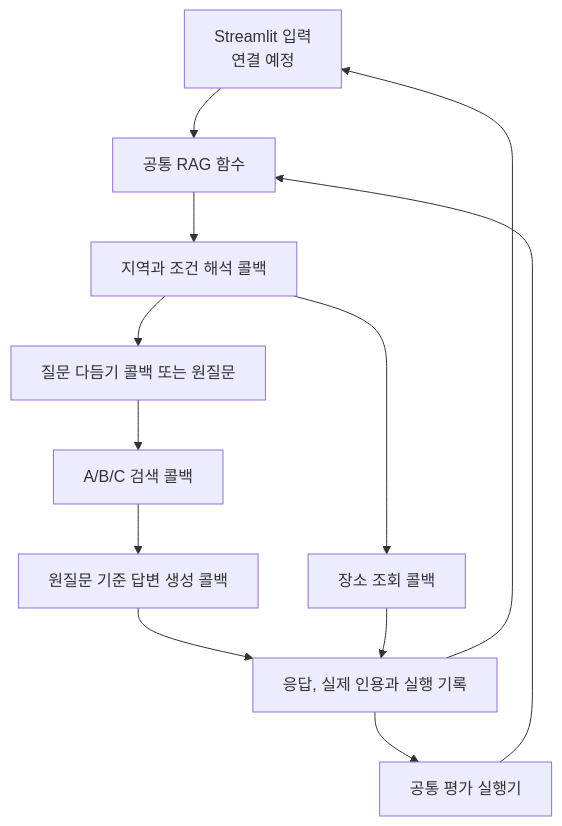
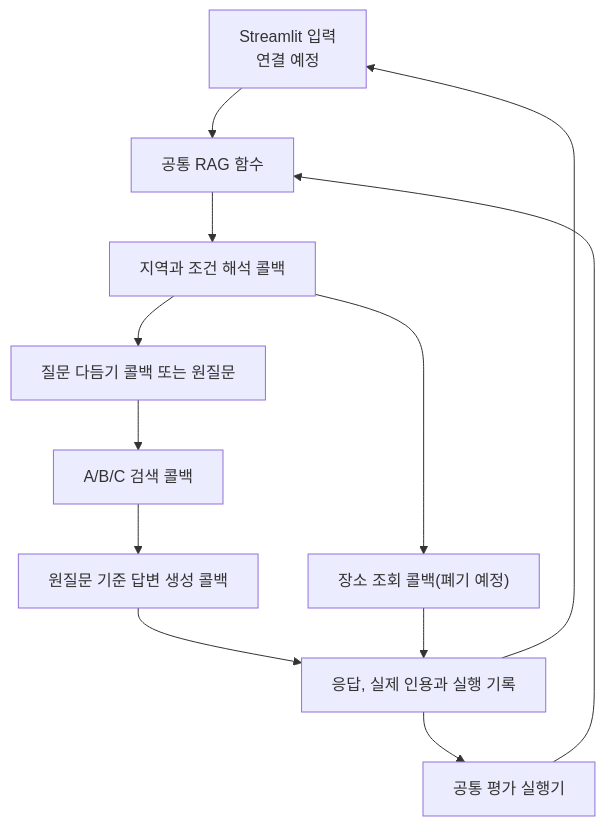
One commit to kssk3/best-driver-rag-project changed the diagram in docs/architecture.md. Above: the diagram before and after it, drawn with Mermaid. The commit also changed other lines of this file and 5 other files, not shown here.

````diff
--- a/docs/architecture.md
+++ b/docs/architecture.md
@@ -133,14 +133,14 @@
 ```mermaid
 flowchart TD
     UI["Streamlit 입력<br/>연결 예정"] --> P["공통 RAG 함수"]
     E["공통 평가 실행기"] --> P
     P --> R["지역과 조건 해석 콜백"]
     R --> Q["질문 다듬기 콜백 또는 원질문"]
     Q --> S["A/B/C 검색 콜백"]
     S --> G["원질문 기준 답변 생성 콜백"]
-    R --> L["장소 조회 콜백"]
+    R --> L["장소 조회 콜백(폐기 예정)"]
     G --> O["응답, 실제 인용과 실행 기록"]
     L --> O
     O --> UI
     O --> E
 ```
````
